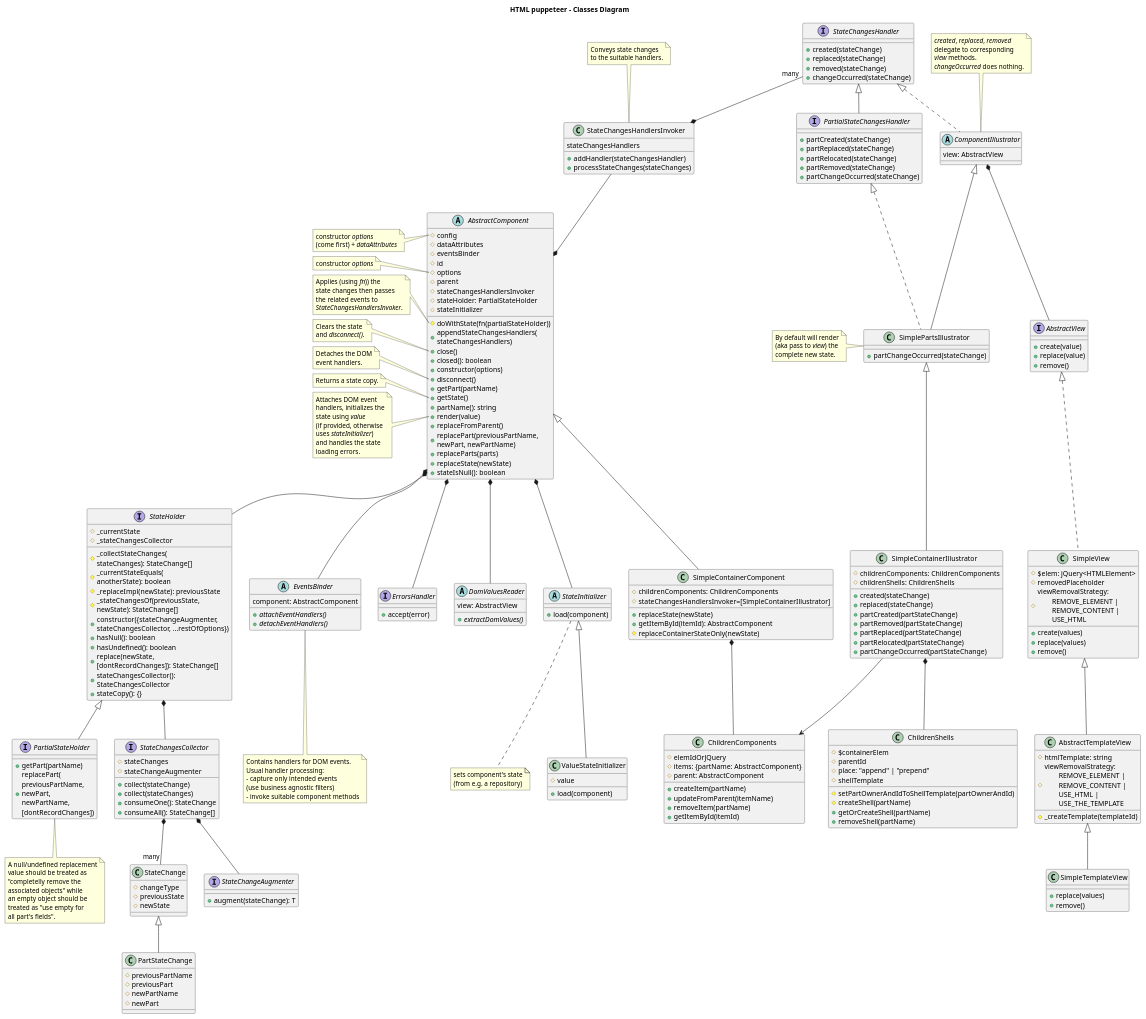
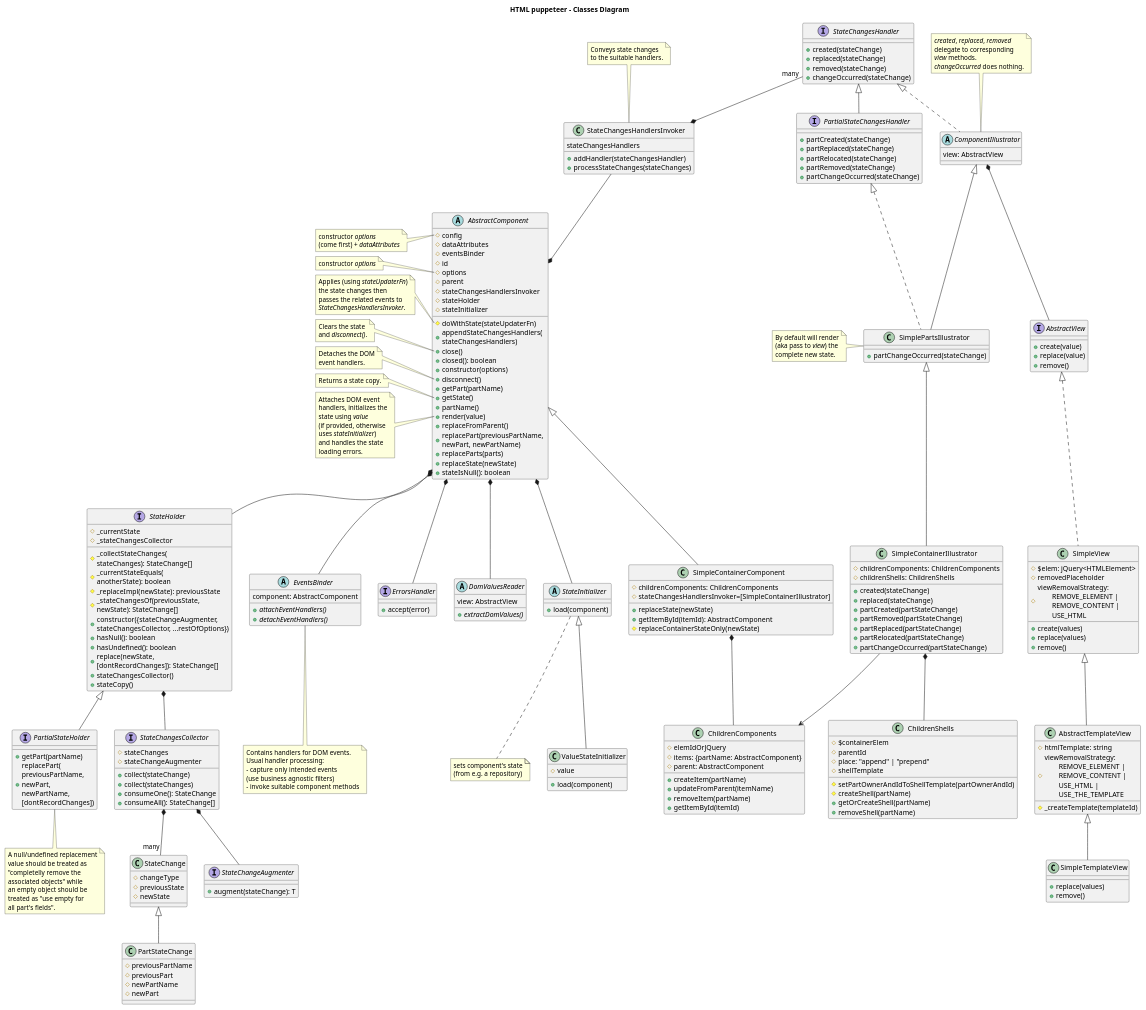
The diagram in design/classes-diagram.puml (adrhc/html-puppeteer), drawn with PlantUML before and after one commit. The commit also changed 1 other file, not shown here.

Commit message:
StateProcessor.js: removed _processStateChanges() classes-diagram.puml updated

```diff
--- a/design/classes-diagram.puml
+++ b/design/classes-diagram.puml
@@ -10,9 +10,9 @@
   #options
   #parent
   #stateChangesHandlersInvoker
-  #stateHolder: PartialStateHolder
+  #stateHolder
   #stateInitializer
-  #doWithState(fn(partialStateHolder))
+  #doWithState(stateUpdaterFn)
   +appendStateChangesHandlers(\nstateChangesHandlers)
   +close()
   +closed(): boolean
@@ -20,7 +20,7 @@
   +disconnect()
   +getPart(partName)
   +getState()
-  +partName(): string
+  +partName()
   +render(value)
   +replaceFromParent()
   +replacePart(previousPartName, \nnewPart, newPartName)
@@ -76,9 +76,9 @@
 end note
 
 note left of AbstractComponent::doWithState
-Applies (using <i>fn</i>)) the
-state changes then passes
-the related events to
+Applies (using <i>stateUpdaterFn</i>)
+the state changes then
+passes the related events to
 <i>StateChangesHandlersInvoker</i>.
 end note
 
@@ -220,8 +220,8 @@
 +hasNull(): boolean
 +hasUndefined(): boolean
 +replace(newState,\n[dontRecordChanges]): StateChange[]
-+stateChangesCollector():\nStateChangesCollector
-+stateCopy(): {}
++stateChangesCollector()
++stateCopy()
 }
 
 /'note left of StateHolder::replace
```
